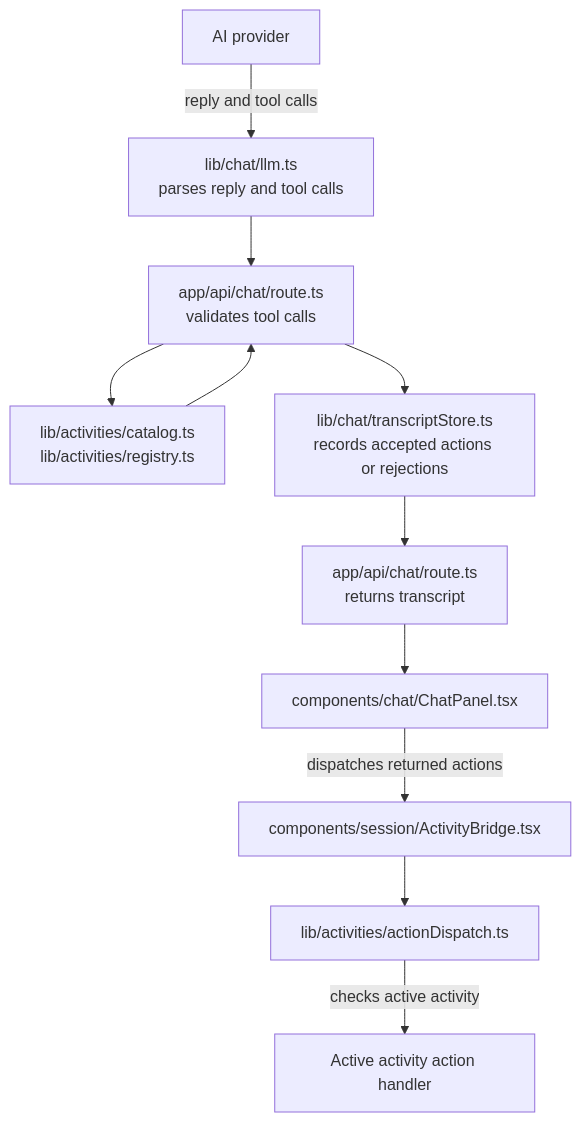
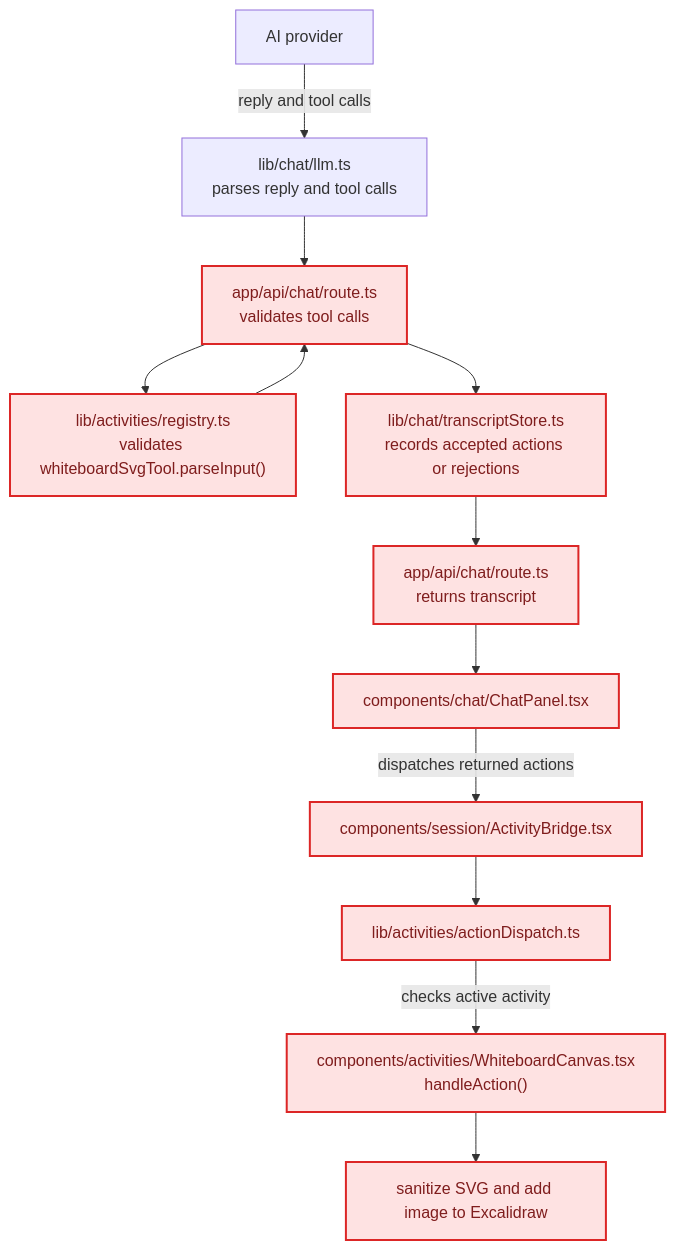
One commit to brodyboswell/cs-4273-group-l-telehealth-platform changed the third of 4 diagrams in sandbox/lacsjp27/llm-drawing-docs/AI Client Drawing Design Document.md. Above: the diagram before and after it, drawn with Mermaid. The commit also changed other lines of this file and 1 other file, not shown here.

````diff
--- a/sandbox/lacsjp27/llm-drawing-docs/AI Client Drawing Design Document.md
+++ b/sandbox/lacsjp27/llm-drawing-docs/AI Client Drawing Design Document.md
@@ -132,24 +126,29 @@
 ```mermaid
 flowchart TB
   provider["AI provider"]
   llm["lib/chat/llm.ts<br/>parses reply and tool calls"]
   route["app/api/chat/route.ts<br/>validates tool calls"]
-  registry["lib/activities/catalog.ts<br/>lib/activities/registry.ts"]
+  registry["lib/activities/registry.ts<br/>validates whiteboardSvgTool.parseInput()"]
   transcript["lib/chat/transcriptStore.ts<br/>records accepted actions or rejections"]
   response["app/api/chat/route.ts<br/>returns transcript"]
   chat["components/chat/ChatPanel.tsx"]
   bridge["components/session/ActivityBridge.tsx"]
   dispatch["lib/activities/actionDispatch.ts"]
-  handler["Active activity action handler"]
+  handler["components/activities/WhiteboardCanvas.tsx<br/>handleAction()"]
+  render["sanitize SVG and add image to Excalidraw"]
 
   provider -->|"reply and tool calls"| llm
   llm --> route
   route --> registry
   registry --> route
   route --> transcript
   transcript --> response
   response --> chat
   chat -->|"dispatches returned actions"| bridge
   bridge --> dispatch
   dispatch -->|"checks active activity"| handler
+  handler --> render
+
+  classDef whiteboardPath fill:#FEE2E2,stroke:#DC2626,color:#7F1D1D,stroke-width:2px;
+  class route,registry,transcript,response,chat,bridge,dispatch,handler,render whiteboardPath;
 ```
````
